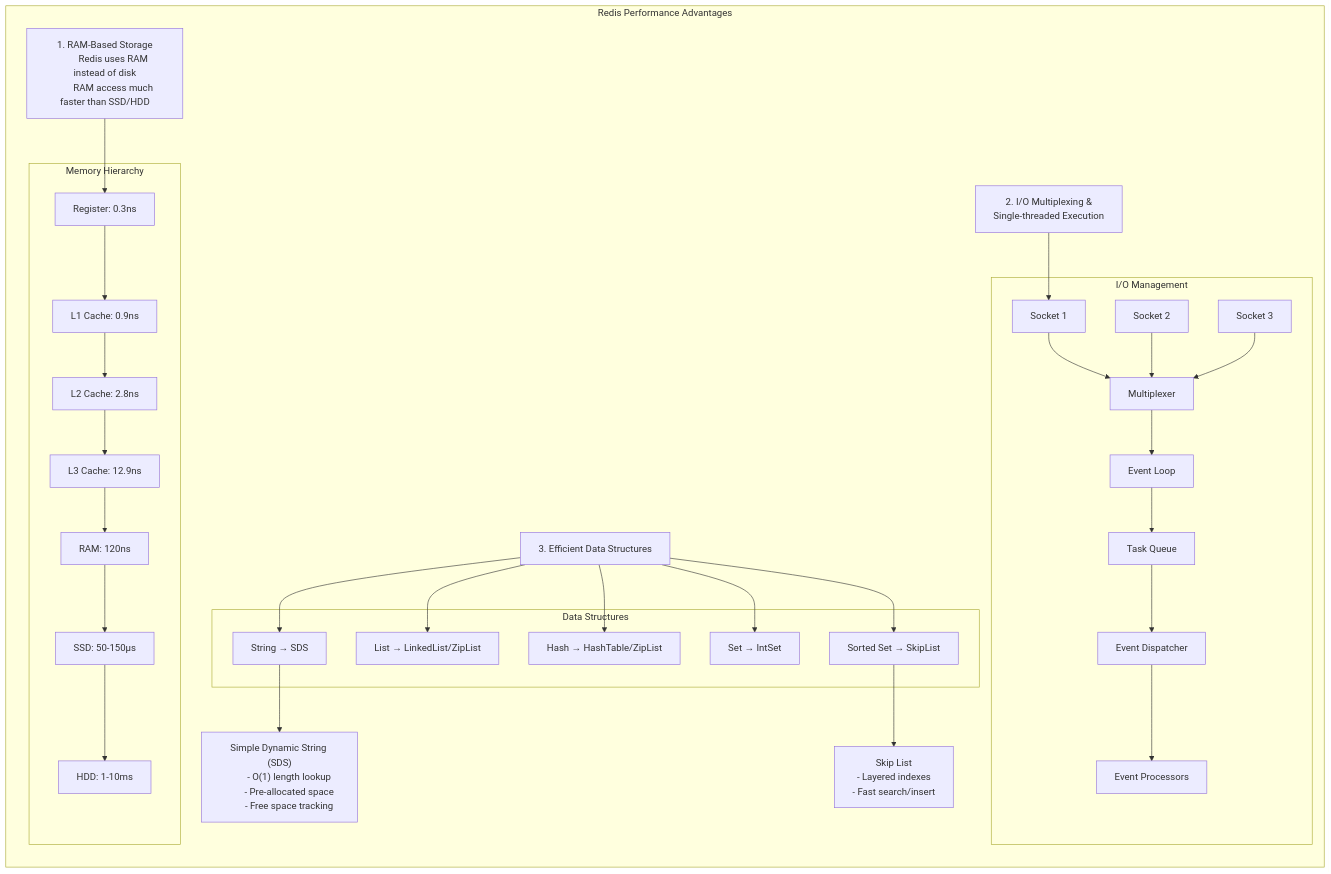
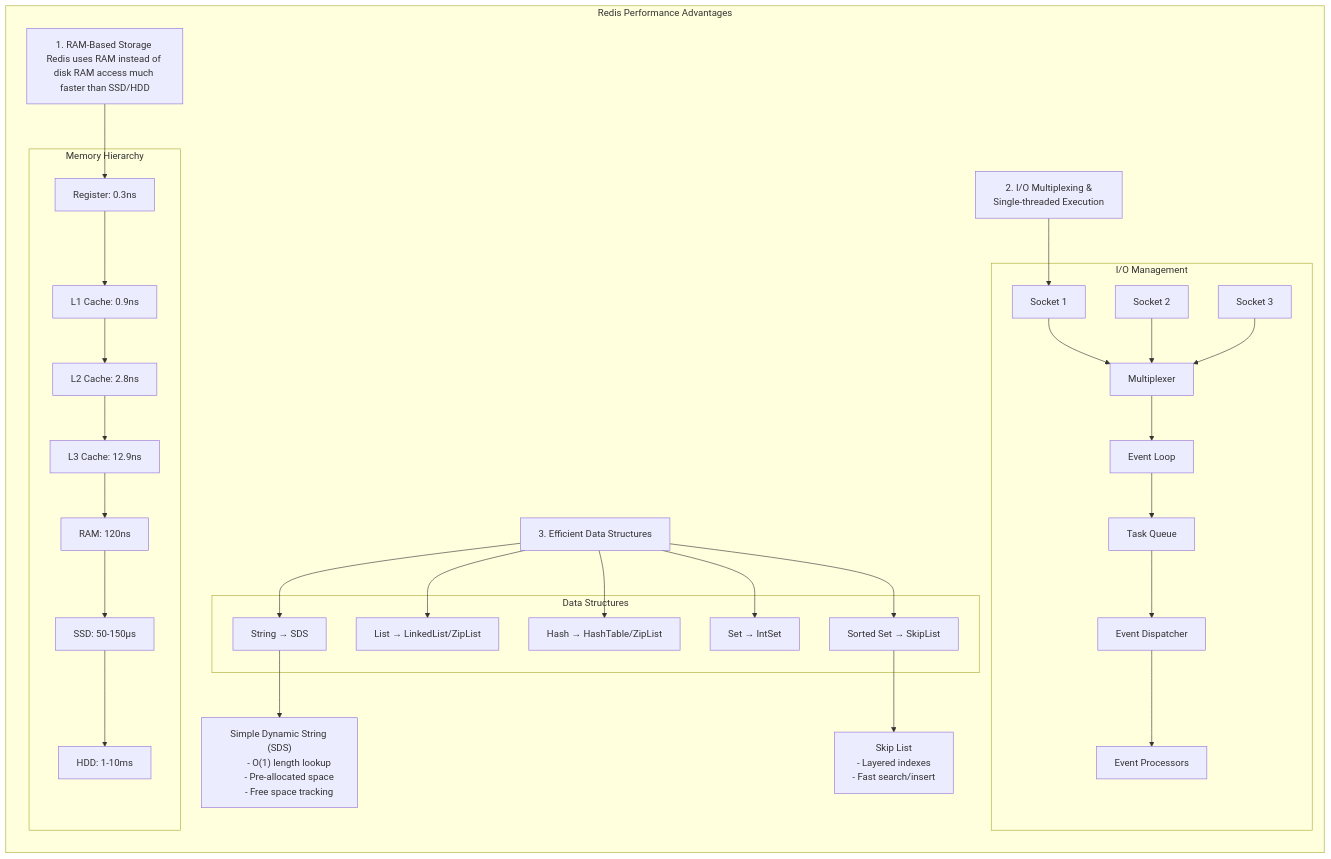
The diagram in System Design/System Design Interview/为什么Redis如此快速.md (uwspstar/20-Day-Challenge-List), drawn with Mermaid before and after one commit.

````diff
--- a/System Design/System Design Interview/为什么Redis如此快速.md
+++ b/System Design/System Design Interview/为什么Redis如此快速.md
@@ -40,76 +40,74 @@
 ```mermaid
 flowchart LR
     subgraph "Redis Performance Advantages"
-        RAM["1. RAM-Based Storage
-        Redis uses RAM instead of disk
-        RAM access much faster than SSD/HDD"]
+        RAM["1. RAM-Based Storage Redis uses RAM instead of disk RAM access much faster than SSD/HDD"]
 
         subgraph "Memory Hierarchy"
             Register["Register: 0.3ns"]
             L1["L1 Cache: 0.9ns"]
             L2["L2 Cache: 2.8ns"]
             L3["L3 Cache: 12.9ns"]
             MainMem["RAM: 120ns"]
             SSD["SSD: 50-150μs"]
             HDD["HDD: 1-10ms"]
         end
 
         RAM --> Register
         Register --> L1
         L1 --> L2
         L2 --> L3
         L3 --> MainMem
         MainMem --> SSD
         SSD --> HDD
 
         IO["2. I/O Multiplexing &
         Single-threaded Execution"]
         
         subgraph "I/O Management"
             Socket1["Socket 1"]
             Socket2["Socket 2"]
             Socket3["Socket 3"]
             Mux["Multiplexer"]
             ELoop["Event Loop"]
             Queue["Task Queue"]
             Dispatch["Event Dispatcher"]
             Process["Event Processors"]
         end
         
         Socket1 & Socket2 & Socket3 --> Mux
         Mux --> ELoop
         ELoop --> Queue
         Queue --> Dispatch
         Dispatch --> Process
         
         IO --> Socket1
 
         DS["3. Efficient Data Structures"]
         
         subgraph "Data Structures"
             String["String → SDS"]
             List["List → LinkedList/ZipList"]
             Hash["Hash → HashTable/ZipList"]
             Set["Set → IntSet"]
             ZSet["Sorted Set → SkipList"]
         end
 
         SDS["Simple Dynamic String (SDS)
         - O(1) length lookup
         - Pre-allocated space
         - Free space tracking"]
 
         SkipList["Skip List
         - Layered indexes
         - Fast search/insert"]
 
         DS --> String
         DS --> List
         DS --> Hash
         DS --> Set
         DS --> ZSet
         
         String --> SDS
         ZSet --> SkipList
     end
 ```
````
